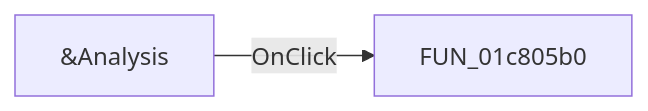
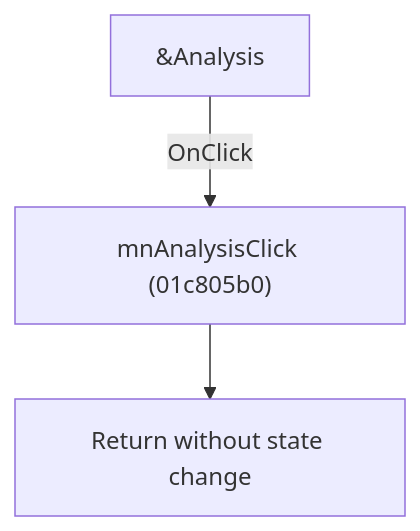
One commit to MovGP0/TIARA changed the diagram in docs/ui-controls/schematiceditor/mnanalysis-31cdc7c672.md. Above: the diagram before and after it, drawn with Mermaid. The commit also changed other lines of this file and 1062 other files, not shown here.

````diff
--- a/docs/ui-controls/schematiceditor/mnanalysis-31cdc7c672.md
+++ b/docs/ui-controls/schematiceditor/mnanalysis-31cdc7c672.md
@@ -27,4 +27,5 @@
 ```mermaid
-flowchart LR
-    control["&Analysis"] -->|OnClick| handler["FUN_01c805b0"]
+flowchart TD
+    control["&Analysis"] -->|"OnClick"| handler["mnAnalysisClick (01c805b0)"]
+    handler --> return["Return without state change"]
 ```
````
